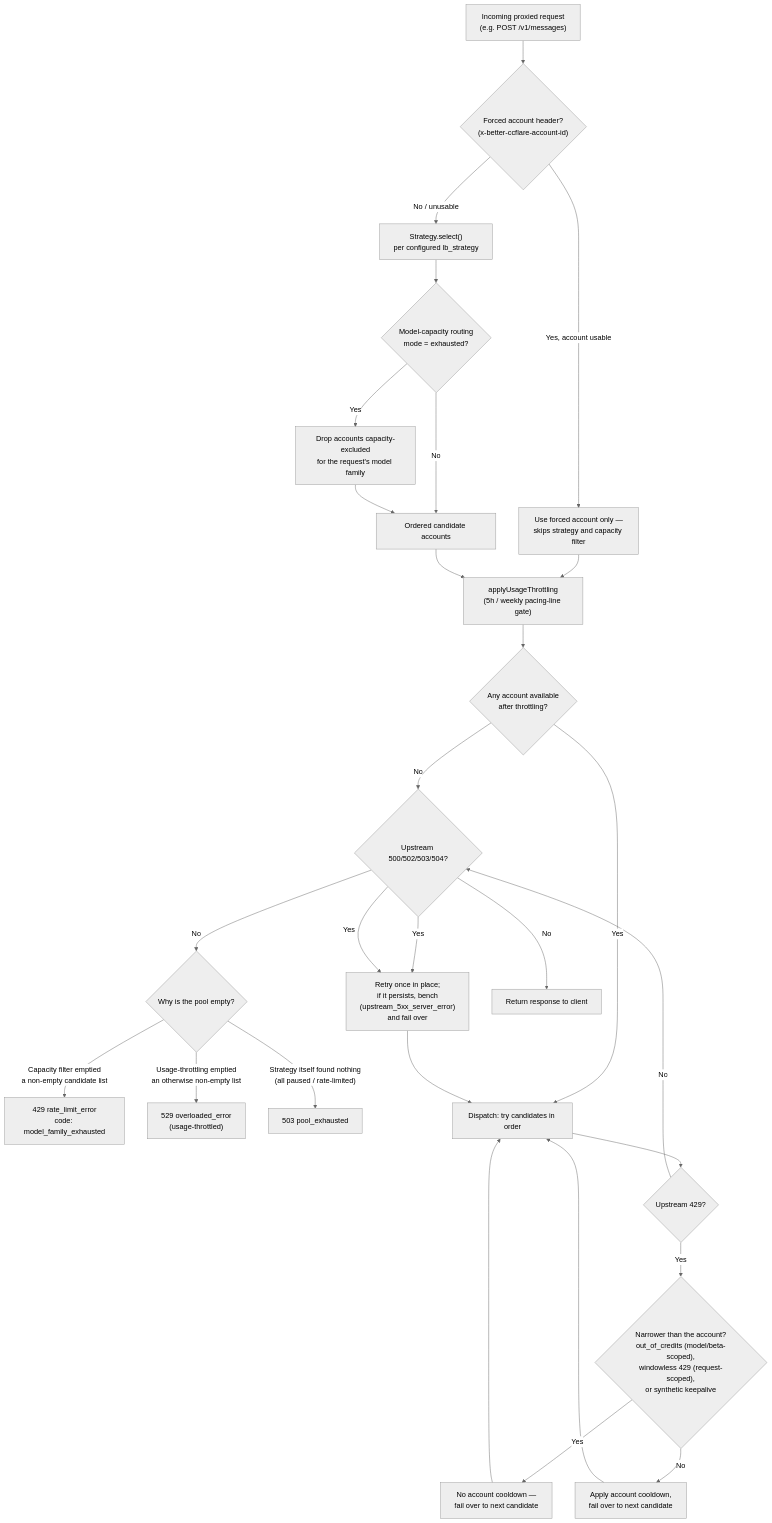
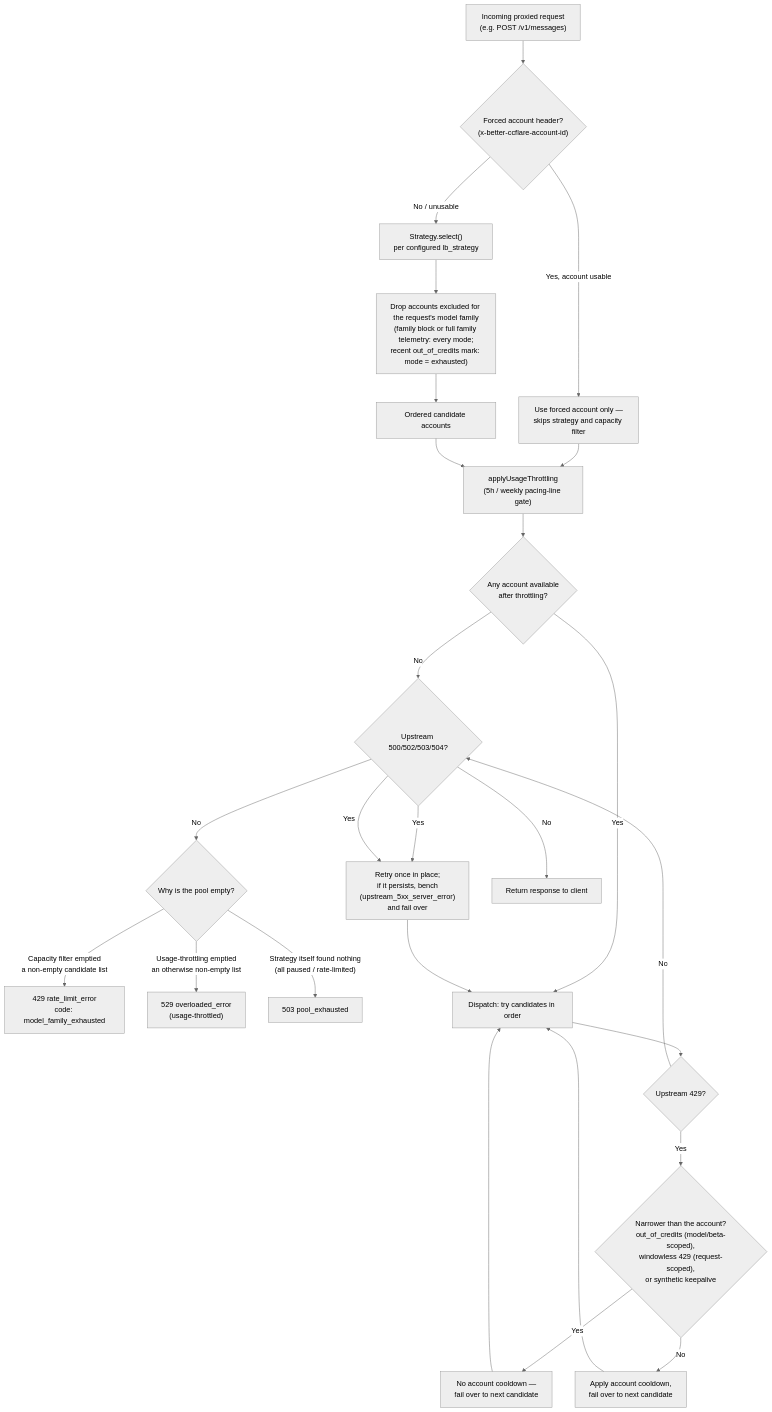
The first of 10 diagrams in docs/routing-architecture.md (filip-gooddata/better-ccflare), drawn with Mermaid (neutral theme) before and after one commit. The commit also changed other lines of this file and 9 other files, not shown here.

First line of the commit message:
fix: a full limit is never a candidate, whatever the mode or headers

````diff
--- a/docs/routing-architecture.md
+++ b/docs/routing-architecture.md
@@ -30,30 +30,28 @@
 ```mermaid
 flowchart TD
     A["Incoming proxied request<br/>(e.g. POST /v1/messages)"] --> B{"Forced account header?<br/>(x-better-ccflare-account-id)"}
     B -->|"Yes, account usable"| C["Use forced account only —<br/>skips strategy and capacity filter"]
     B -->|"No / unusable"| D["Strategy.select()<br/>per configured lb_strategy"]
-    D --> E{"Model-capacity routing<br/>mode = exhausted?"}
-    E -->|"Yes"| F["Drop accounts capacity-excluded<br/>for the request's model family"]
-    E -->|"No"| G["Ordered candidate accounts"]
-    F --> G
+    D --> F["Drop accounts excluded for the request's model family<br/>(family block or full family telemetry: every mode;<br/>recent out_of_credits mark: mode = exhausted)"]
+    F --> G["Ordered candidate accounts"]
     C --> H["applyUsageThrottling<br/>(5h / weekly pacing-line gate)"]
     G --> H
     H --> I{"Any account available<br/>after throttling?"}
     I -->|"No"| R{"Strategy has the all-limited rule<br/>(session-pace) and every account<br/>left is out only on limits?"}
     R -->|"Yes"| R2["Forward to the account usable first;<br/>its upstream response goes to the client"]
     R -->|"No"| J{"Why is the pool empty?"}
     J -->|"Capacity filter emptied<br/>a non-empty candidate list"| K["429 rate_limit_error<br/>code: model_family_exhausted"]
     J -->|"Usage-throttling emptied<br/>an otherwise non-empty list"| L["529 overloaded_error<br/>(usage-throttled)"]
     J -->|"Strategy itself found nothing<br/>(all paused / rate-limited)"| M["503 pool_exhausted"]
     I -->|"Yes"| N["Dispatch: try candidates in order"]
     N --> O{"Upstream 429?"}
     O -->|"Yes"| P{"Narrower than the account?<br/>out_of_credits (model/beta-scoped),<br/>windowless 429 (request-scoped),<br/>or synthetic keepalive"}
     P -->|"Yes"| P2["No account cooldown —<br/>fail over to next candidate"]
     P -->|"No"| P3["Apply account cooldown,<br/>fail over to next candidate"]
     P2 --> N
     P3 --> N
     O -->|"No"| R{"Upstream 500/502/503/504?"}
     R -->|"Yes"| R2["Retry once in place;<br/>if it persists, bench<br/>(upstream_5xx_server_error)<br/>and fail over"]
     R2 --> N
     R -->|"No"| Q["Return response to client"]
 ```
````
